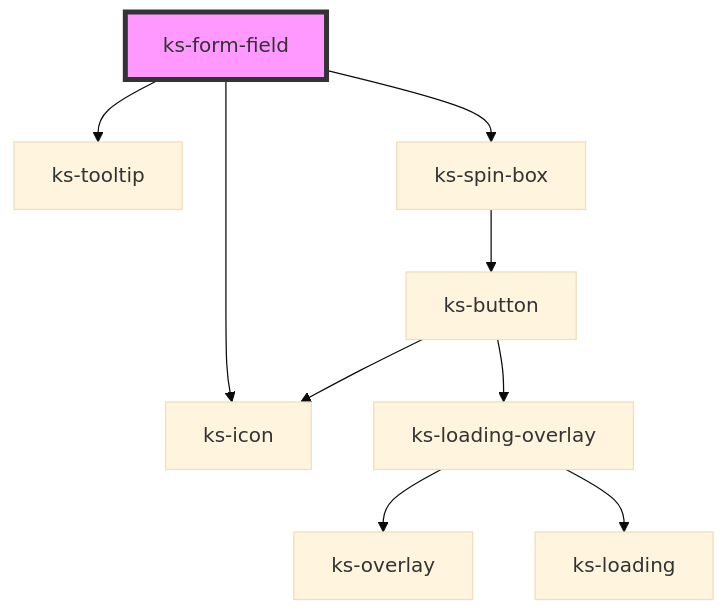
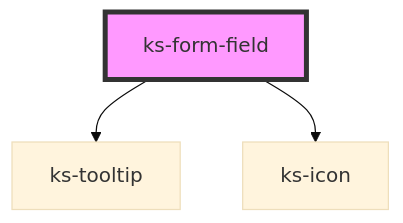
One commit to kickstand-ui/kickstand-ui changed the diagram in src/scripts/components/form-field/readme.md. Above: the diagram before and after it, drawn with Mermaid (base theme). The commit also changed other lines of this file and 6 other files, not shown here.

````diff
--- a/src/scripts/components/form-field/readme.md
+++ b/src/scripts/components/form-field/readme.md
@@ -44,12 +47,6 @@
 ```mermaid
 graph TD;
   ks-form-field --> ks-tooltip
   ks-form-field --> ks-icon
-  ks-form-field --> ks-spin-box
-  ks-spin-box --> ks-button
-  ks-button --> ks-icon
-  ks-button --> ks-loading-overlay
-  ks-loading-overlay --> ks-overlay
-  ks-loading-overlay --> ks-loading
   style ks-form-field fill:#f9f,stroke:#333,stroke-width:4px
 ```
````
